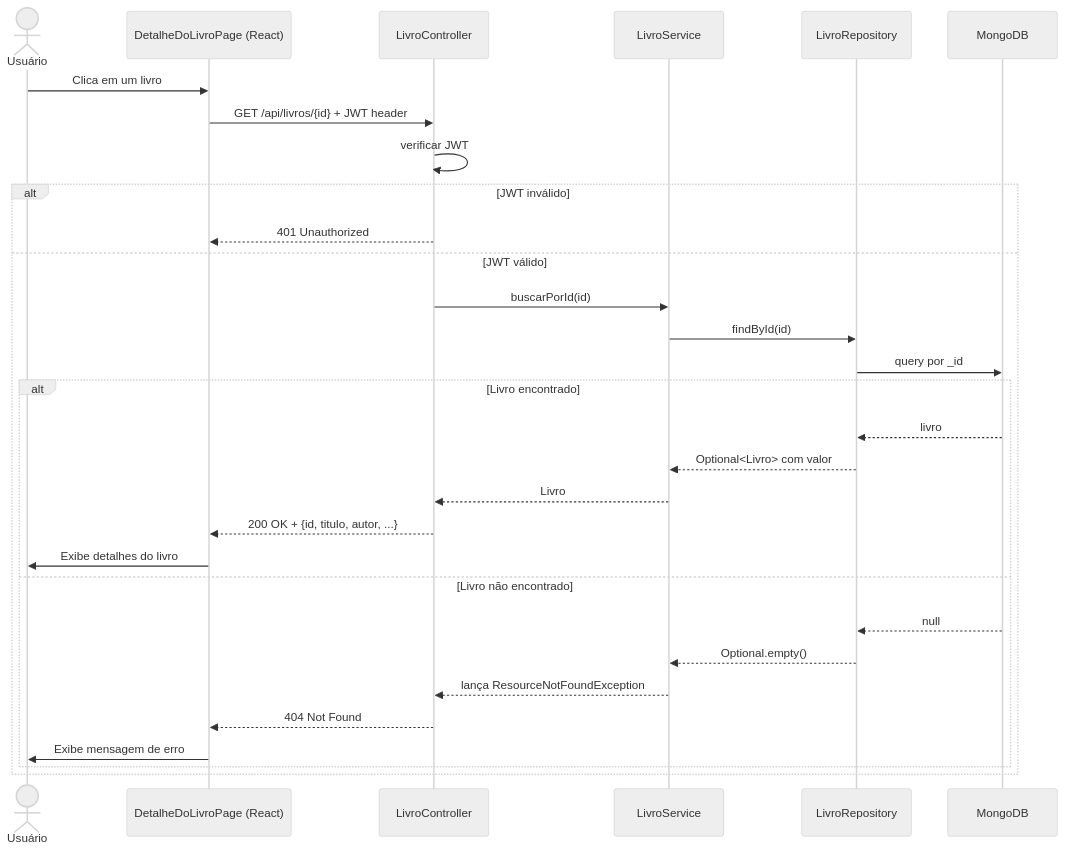
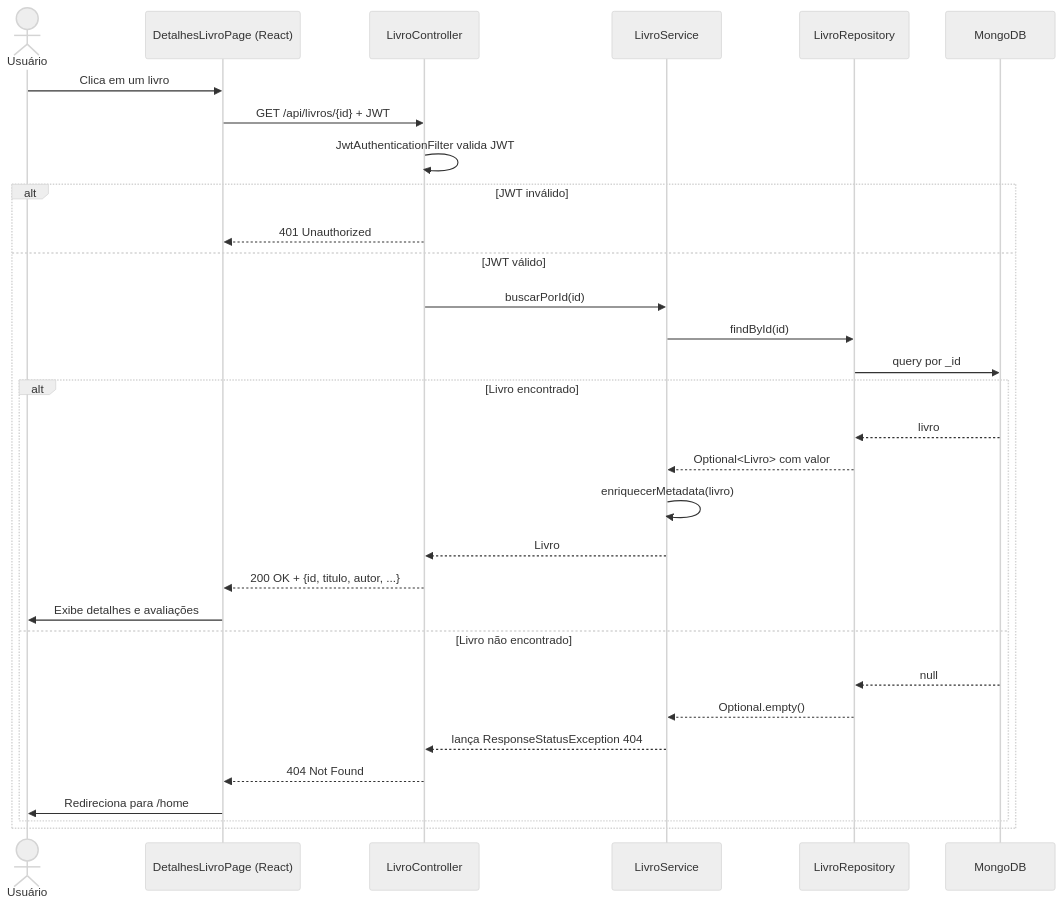
One commit to limmuz/biblioteca changed the fifth of 20 diagrams in RTM.md. Above: the diagram before and after it, drawn with Mermaid (neutral theme). The commit also changed other lines of this file and 47 other files, not shown here.

````diff
--- a/RTM.md
+++ b/RTM.md
@@ -186,33 +186,34 @@
 ```mermaid
 sequenceDiagram
     actor U as Usuário
-    participant F as DetalheDoLivroPage (React)
+    participant F as DetalhesLivroPage (React)
     participant L as LivroController
     participant S as LivroService
     participant R as LivroRepository
     participant M as MongoDB
 
     U->>F: Clica em um livro
-    F->>L: GET /api/livros/{id} + JWT header
-    L->>L: verificar JWT
+    F->>L: GET /api/livros/{id} + JWT
+    L->>L: JwtAuthenticationFilter valida JWT
     alt JWT inválido
         L-->>F: 401 Unauthorized
     else JWT válido
         L->>S: buscarPorId(id)
         S->>R: findById(id)
         R->>M: query por _id
         alt Livro encontrado
             M-->>R: livro
             R-->>S: Optional<Livro> com valor
+            S->>S: enriquecerMetadata(livro)
             S-->>L: Livro
             L-->>F: 200 OK + {id, titulo, autor, ...}
-            F->>U: Exibe detalhes do livro
+            F->>U: Exibe detalhes e avaliações
         else Livro não encontrado
             M-->>R: null
             R-->>S: Optional.empty()
-            S-->>L: lança ResourceNotFoundException
+            S-->>L: lança ResponseStatusException 404
             L-->>F: 404 Not Found
-            F->>U: Exibe mensagem de erro
+            F->>U: Redireciona para /home
         end
     end
 ```
````
